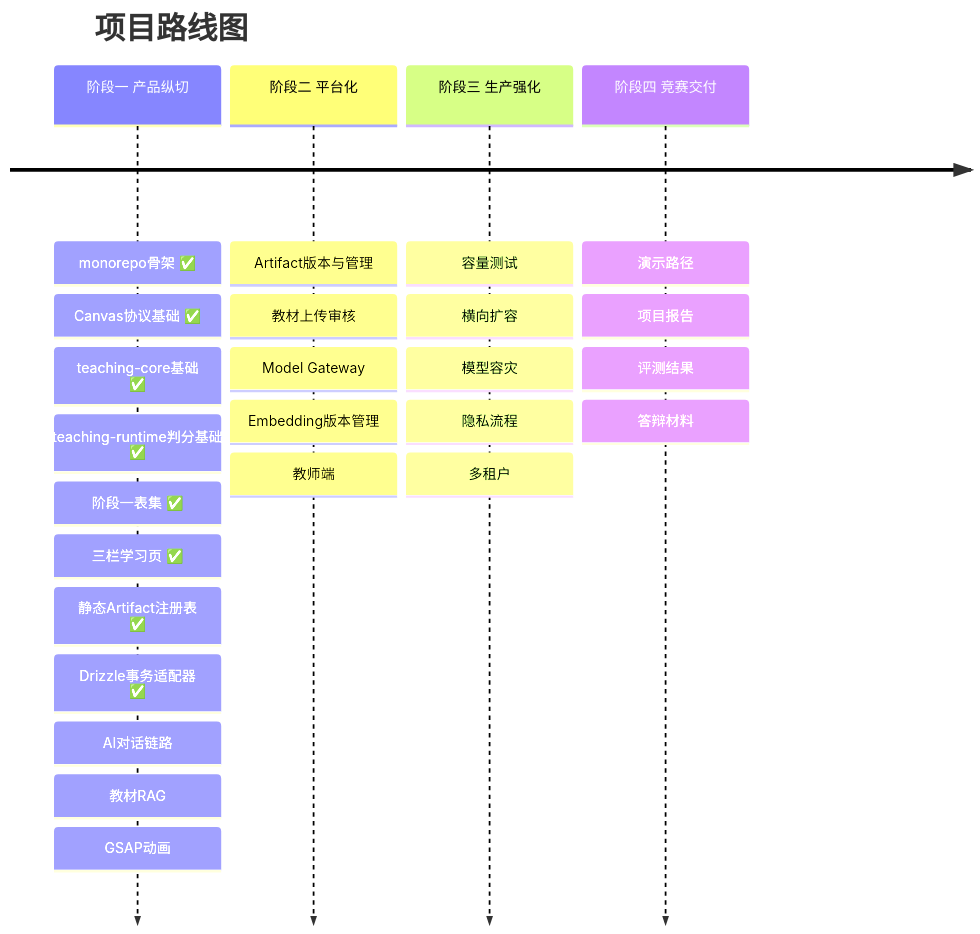
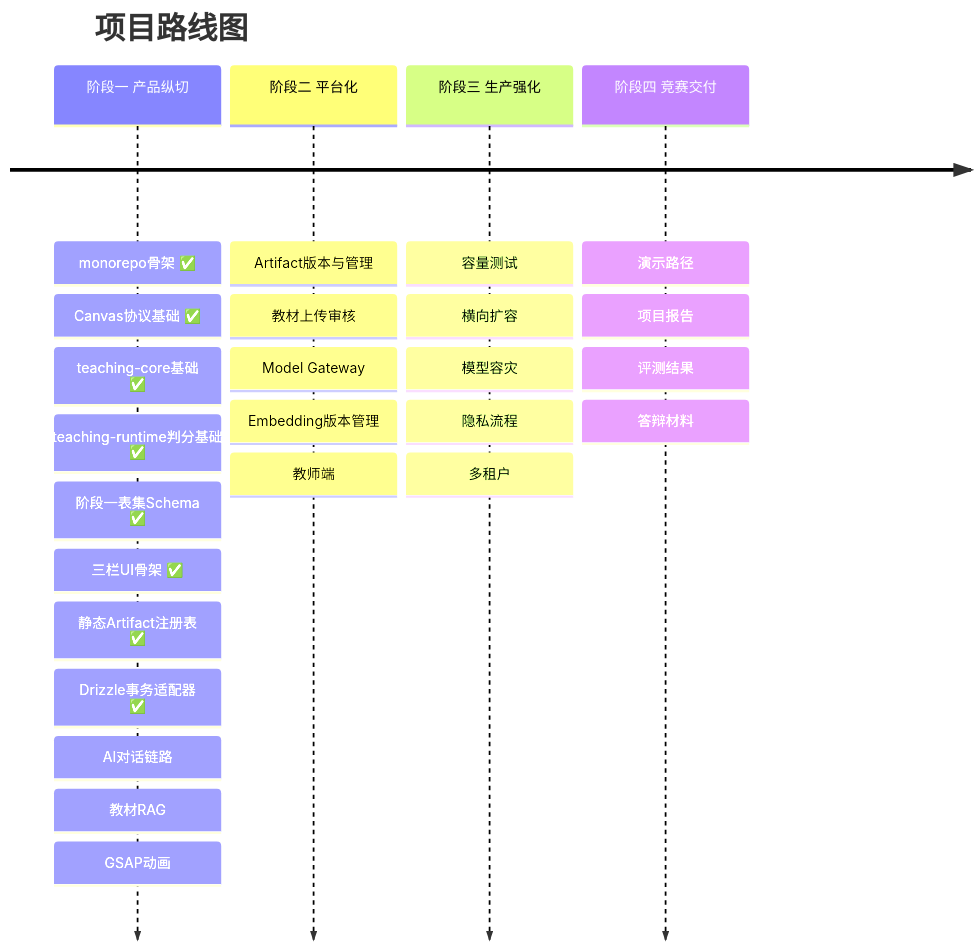
One commit to Timcai06/EduCanvas changed the seventh of 7 diagrams in README.md. Above: the diagram before and after it, drawn with Mermaid. The commit also changed other lines of this file and 27 other files, not shown here.

````diff
--- a/README.md
+++ b/README.md
@@ -289,8 +289,8 @@
 ```mermaid
 timeline
     title 项目路线图
-    阶段一 产品纵切 : monorepo骨架 ✅ : Canvas协议基础 ✅ : teaching-core基础 ✅ : teaching-runtime判分基础 ✅ : 阶段一表集 ✅ : 三栏学习页 ✅ : 静态Artifact注册表 ✅ : Drizzle事务适配器 ✅ : AI对话链路 : 教材RAG : GSAP动画
+    阶段一 产品纵切 : monorepo骨架 ✅ : Canvas协议基础 ✅ : teaching-core基础 ✅ : teaching-runtime判分基础 ✅ : 阶段一表集Schema ✅ : 三栏UI骨架 ✅ : 静态Artifact注册表 ✅ : Drizzle事务适配器 ✅ : AI对话链路 : 教材RAG : GSAP动画
     阶段二 平台化 : Artifact版本与管理 : 教材上传审核 : Model Gateway : Embedding版本管理 : 教师端
     阶段三 生产强化 : 容量测试 : 横向扩容 : 模型容灾 : 隐私流程 : 多租户
     阶段四 竞赛交付 : 演示路径 : 项目报告 : 评测结果 : 答辩材料
 ```
````
